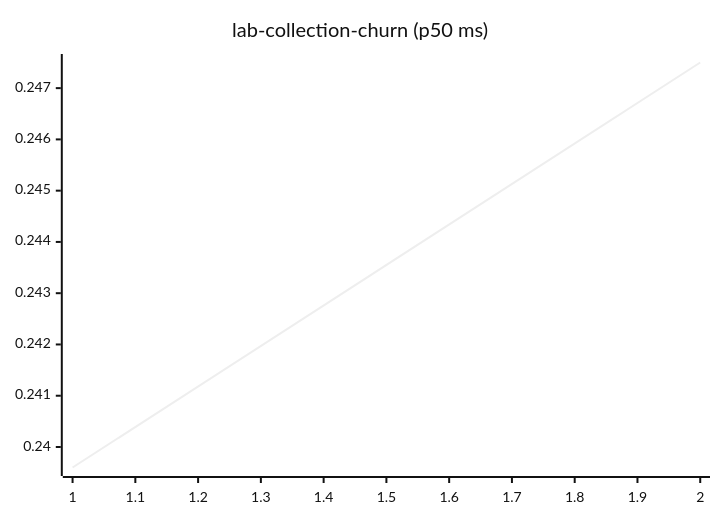
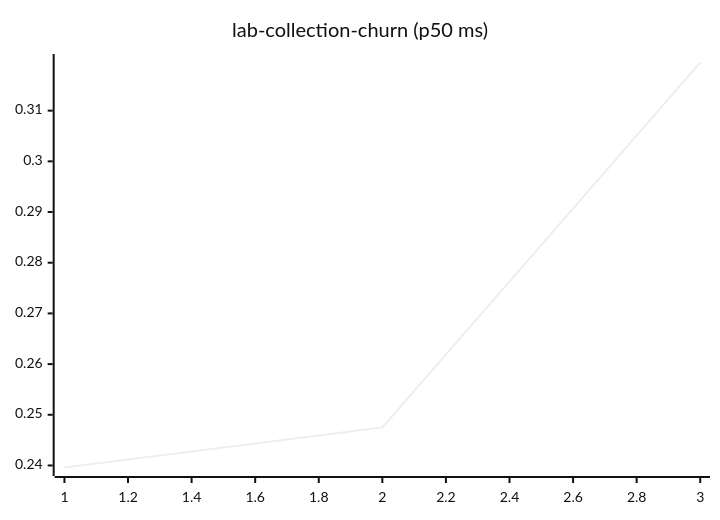
One commit to josha/Facet changed diagram 11 of 27 in README.md. Above: the diagram before and after it, drawn with Mermaid (neutral theme). The commit also changed other lines of this file and 2 other files, not shown here.

````diff
--- a/README.md
+++ b/README.md
@@ -133,6 +133,6 @@
 ```mermaid
 xychart-beta
     title "lab-collection-churn (p50 ms)"
-    x-axis 1 --> 2
-    line [0.2396, 0.2475]
+    x-axis 1 --> 3
+    line [0.2396, 0.2475, 0.3195]
 ```
````
